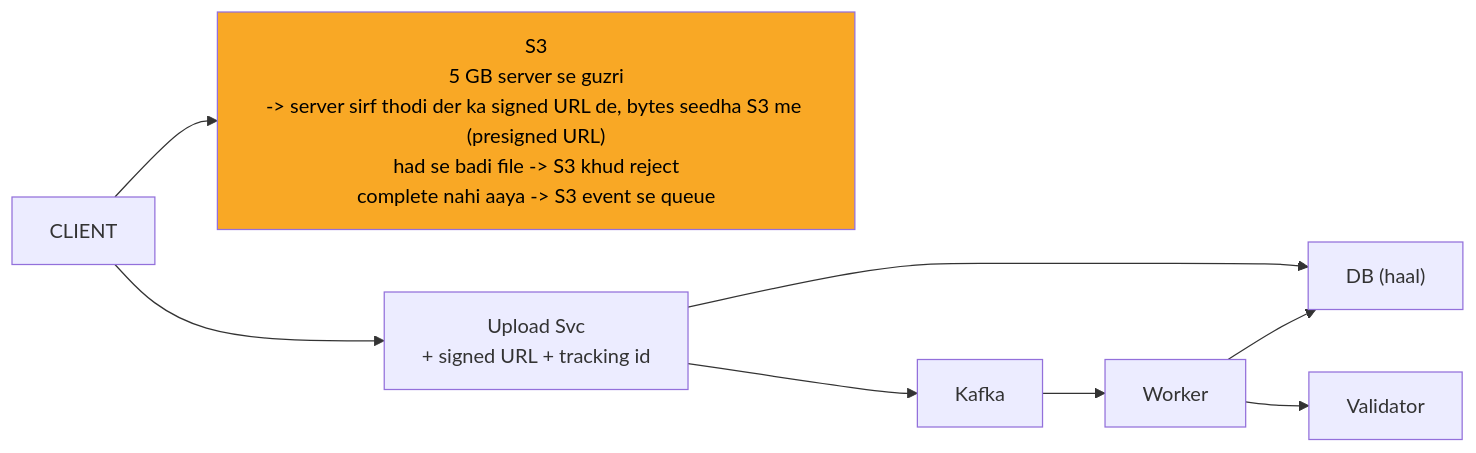
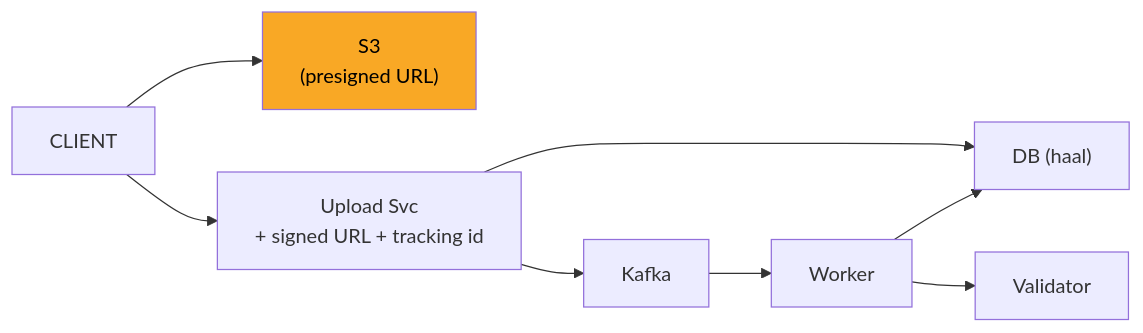
Before and after one commit to ArpanMaheshwari144/Prep: the diagram in 04_HLD/SYSTEM_DESIGNS/07_file_upload_validate_system/img/c2.mmd, drawn with Mermaid. The commit also changed 156 other files, not shown here.

```diff
--- a/04_HLD/SYSTEM_DESIGNS/07_file_upload_validate_system/img/c2.mmd
+++ b/04_HLD/SYSTEM_DESIGNS/07_file_upload_validate_system/img/c2.mmd
@@ -1,17 +1,17 @@
 %%{init: {"flowchart": {"wrappingWidth": 450}}}%%
 flowchart LR
     n_CLIENT["CLIENT"]
-    n_S3["S3<br/>5 GB server se guzri<br/>-> server sirf thodi der ka signed URL de, bytes seedha S3 me (presigned URL)<br/>had se badi file -> S3 khud reject<br/>complete nahi aaya -> S3 event se queue"]
+    n_S3["S3<br/>(presigned URL)"]
     n_Upload_Svc["Upload Svc<br/>+ signed URL + tracking id"]
     n_DB["DB (haal)"]
     n_Kafka["Kafka"]
     n_Worker["Worker"]
     n_Validator["Validator"]
     n_CLIENT --> n_S3
     n_CLIENT --> n_Upload_Svc
     n_Upload_Svc --> n_DB
     n_Upload_Svc --> n_Kafka
     n_Kafka --> n_Worker
     n_Worker --> n_Validator
     n_Worker --> n_DB
     style n_S3 fill:#f9a825,color:#000
```
